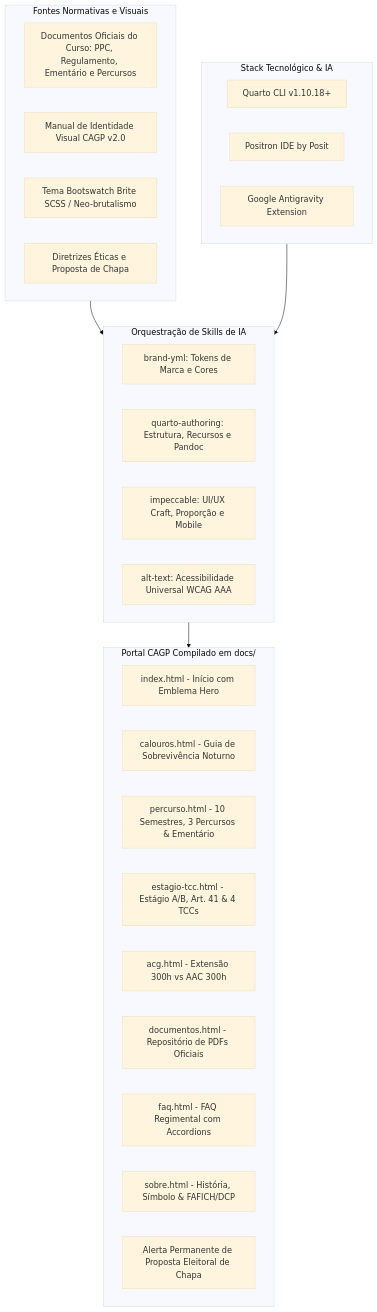
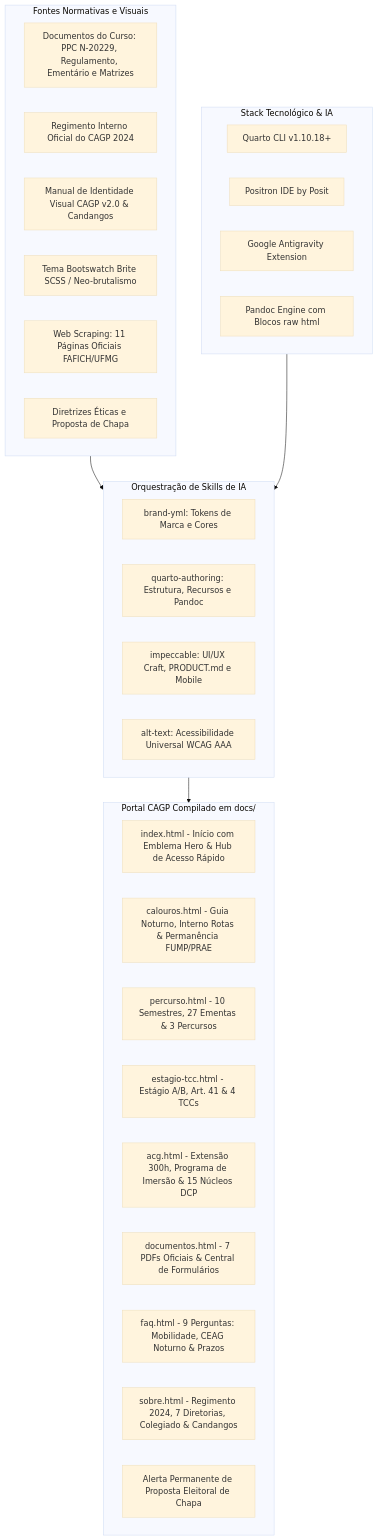
Before and after one commit to gsathler-vi/cagp: the diagram in README.md, drawn with Mermaid (base theme). The commit also changed other lines of this file and 104 other files, not shown here.

````diff
--- a/README.md
+++ b/README.md
@@ -39,38 +42,41 @@
 ```mermaid
 flowchart TD
     subgraph Fontes [Fontes Normativas e Visuais]
-      A[Documentos Oficiais do Curso: PPC, Regulamento, Ementário e Percursos]
-      B[Manual de Identidade Visual CAGP v2.0]
-      C[Tema Bootswatch Brite SCSS / Neo-brutalismo]
-      D[Diretrizes Éticas e Proposta de Chapa]
+      A[Documentos do Curso: PPC N-20229, Regulamento, Ementário e Matrizes]
+      B[Regimento Interno Oficial do CAGP 2024]
+      C[Manual de Identidade Visual CAGP v2.0 & Candangos]
+      D[Tema Bootswatch Brite SCSS / Neo-brutalismo]
+      E[Web Scraping: 11 Páginas Oficiais FAFICH/UFMG]
+      F[Diretrizes Éticas e Proposta de Chapa]
     end
 
     subgraph Ferramental [Stack Tecnológico & IA]
       T1[Quarto CLI v1.10.18+]
       T2[Positron IDE by Posit]
       T3[Google Antigravity Extension]
+      T4[Pandoc Engine com Blocos raw html]
     end
 
     subgraph Skills [Orquestração de Skills de IA]
       S1[brand-yml: Tokens de Marca e Cores]
       S2[quarto-authoring: Estrutura, Recursos e Pandoc]
-      S3[impeccable: UI/UX Craft, Proporção e Mobile]
+      S3[impeccable: UI/UX Craft, PRODUCT.md e Mobile]
       S4[alt-text: Acessibilidade Universal WCAG AAA]
     end
 
     subgraph Portal [Portal CAGP Compilado em docs/]
-      P1[index.html - Início com Emblema Hero]
-      P2[calouros.html - Guia de Sobrevivência Noturno]
-      P3[percurso.html - 10 Semestres, 3 Percursos & Ementário]
+      P1[index.html - Início com Emblema Hero & Hub de Acesso Rápido]
+      P2[calouros.html - Guia Noturno, Interno Rotas & Permanência FUMP/PRAE]
+      P3[percurso.html - 10 Semestres, 27 Ementas & 3 Percursos]
       P4[estagio-tcc.html - Estágio A/B, Art. 41 & 4 TCCs]
-      P5[acg.html - Extensão 300h vs AAC 300h]
-      P6[documentos.html - Repositório de PDFs Oficiais]
-      P7[faq.html - FAQ Regimental com Accordions]
-      P8[sobre.html - História, Símbolo & FAFICH/DCP]
+      P5[acg.html - Extensão 300h, Programa de Imersão & 15 Núcleos DCP]
+      P6[documentos.html - 7 PDFs Oficiais & Central de Formulários]
+      P7[faq.html - 9 Perguntas: Mobilidade, CEAG Noturno & Prazos]
+      P8[sobre.html - Regimento 2024, 7 Diretorias, Colegiado & Candangos]
       P9[Alerta Permanente de Proposta Eleitoral de Chapa]
     end
 
     Fontes --> Skills
     Ferramental --> Skills
     Skills --> Portal
 ```
````
